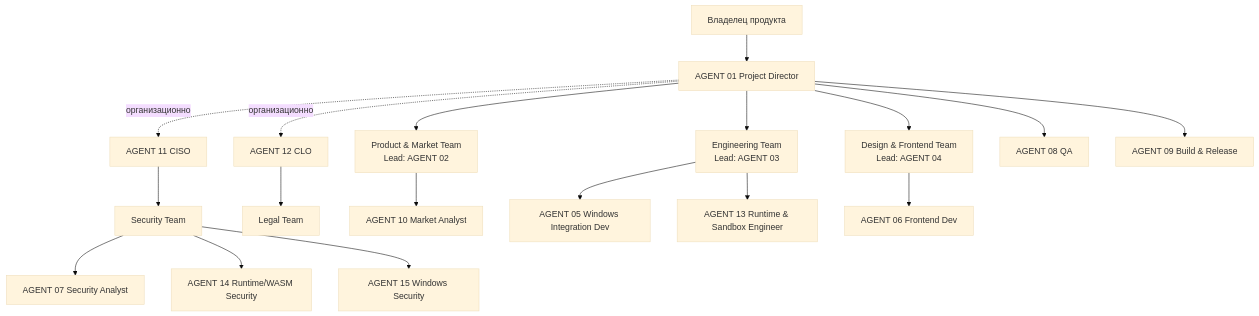
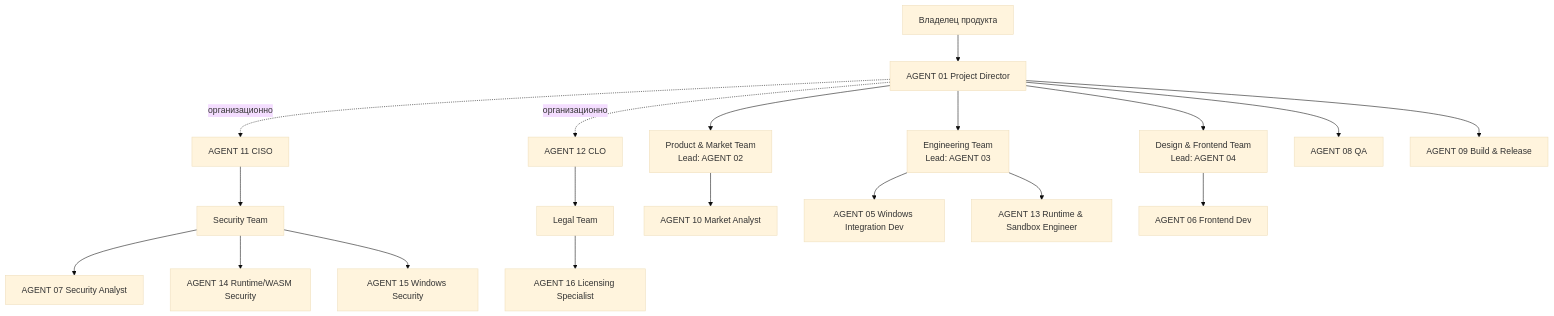
One commit to vsagirov97-pixel/KEYSWITCH-MASTER-PROJECT-INSTRUCTIONS changed the diagram in docs/TEAM_STRUCTURE.md. Above: the diagram before and after it, drawn with Mermaid (base theme). The commit also changed other lines of this file and 3 other files, not shown here.

First line of the commit message:
docs: CLO legal registers final, AGENT 16 licensing specialist, gates 1-2 closed, backlog update

````diff
--- a/docs/TEAM_STRUCTURE.md
+++ b/docs/TEAM_STRUCTURE.md
@@ -7,20 +7,21 @@
 ```mermaid
 graph TD
   OWNER[Владелец продукта] --> PD[AGENT 01 Project Director]
   PD -.->|организационно| CISO[AGENT 11 CISO]
   PD -.->|организационно| CLO[AGENT 12 CLO]
   PD --> PM[Product & Market Team<br/>Lead: AGENT 02]
   PD --> ENG[Engineering Team<br/>Lead: AGENT 03]
   PD --> DES[Design & Frontend Team<br/>Lead: AGENT 04]
   PD --> QA[AGENT 08 QA]
   PD --> REL[AGENT 09 Build & Release]
   CISO --> SEC[Security Team]
   CLO --> LEG[Legal Team]
+  LEG --> A16[AGENT 16 Licensing Specialist]
   PM --> A10[AGENT 10 Market Analyst]
   ENG --> A05[AGENT 05 Windows Integration Dev]
   ENG --> A13[AGENT 13 Runtime & Sandbox Engineer]
   DES --> A06[AGENT 06 Frontend Dev]
   SEC --> A07[AGENT 07 Security Analyst]
   SEC --> A14[AGENT 14 Runtime/WASM Security]
   SEC --> A15[AGENT 15 Windows Security]
 ```
````
